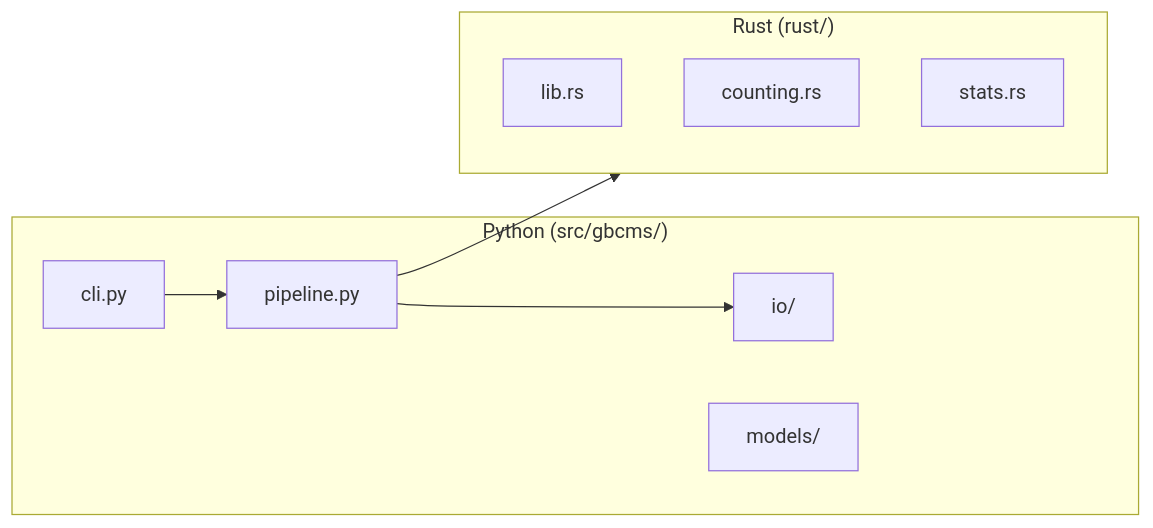
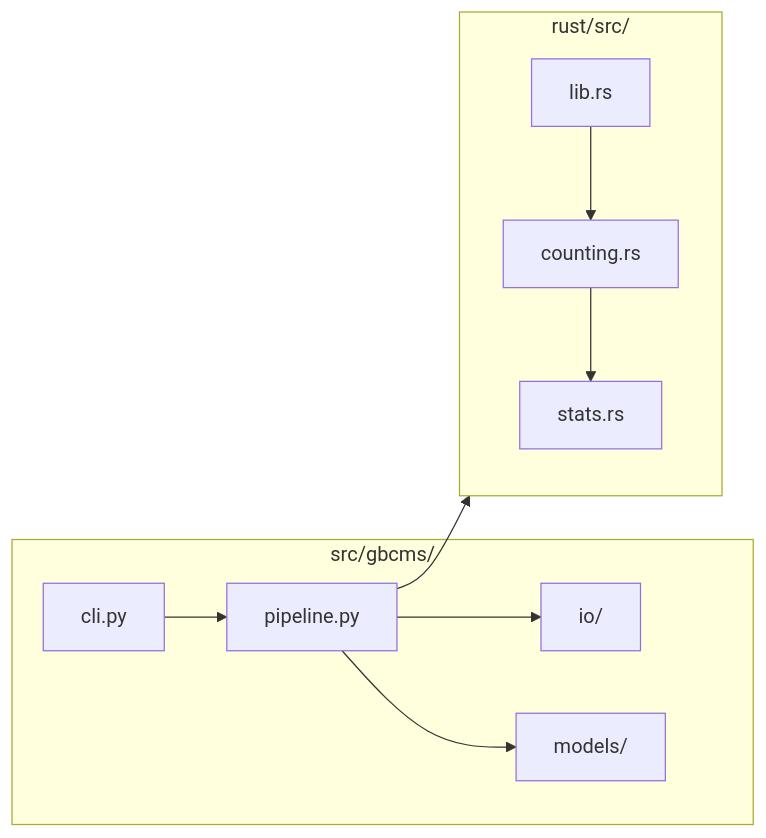
One commit to msk-access/py-gbcms changed the first of 2 diagrams in docs/DEVELOPMENT.md. Above: the diagram before and after it, drawn with Mermaid. The commit also changed other lines of this file and 7 other files, not shown here.

````diff
--- a/docs/DEVELOPMENT.md
+++ b/docs/DEVELOPMENT.md
@@ -60,18 +29,15 @@
 ```mermaid
 flowchart LR
-    subgraph Python["Python (src/gbcms/)"]
-        CLI[cli.py]
-        Pipe[pipeline.py]
-        IO[io/]
-        Models[models/]
+    subgraph Python["src/gbcms/"]
+        CLI[cli.py] --> Pipeline[pipeline.py]
+        Pipeline --> IO[io/]
+        Pipeline --> Models[models/]
     end
     
-    subgraph Rust["Rust (rust/)"]
-        Lib[lib.rs]
-        Count[counting.rs]
-        Stats[stats.rs]
+    subgraph Rust["rust/src/"]
+        Lib[lib.rs] --> Count[counting.rs]
+        Count --> Stats[stats.rs]
     end
     
-    CLI --> Pipe --> IO
-    Pipe --> Rust
+    Pipeline --> Rust
 ```
````
